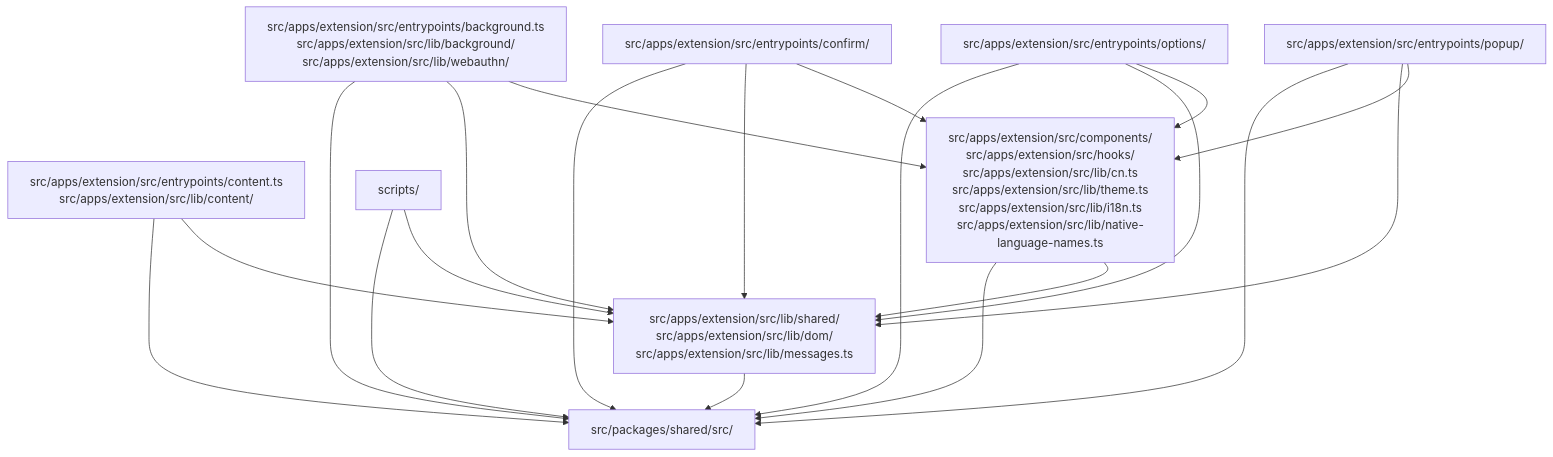
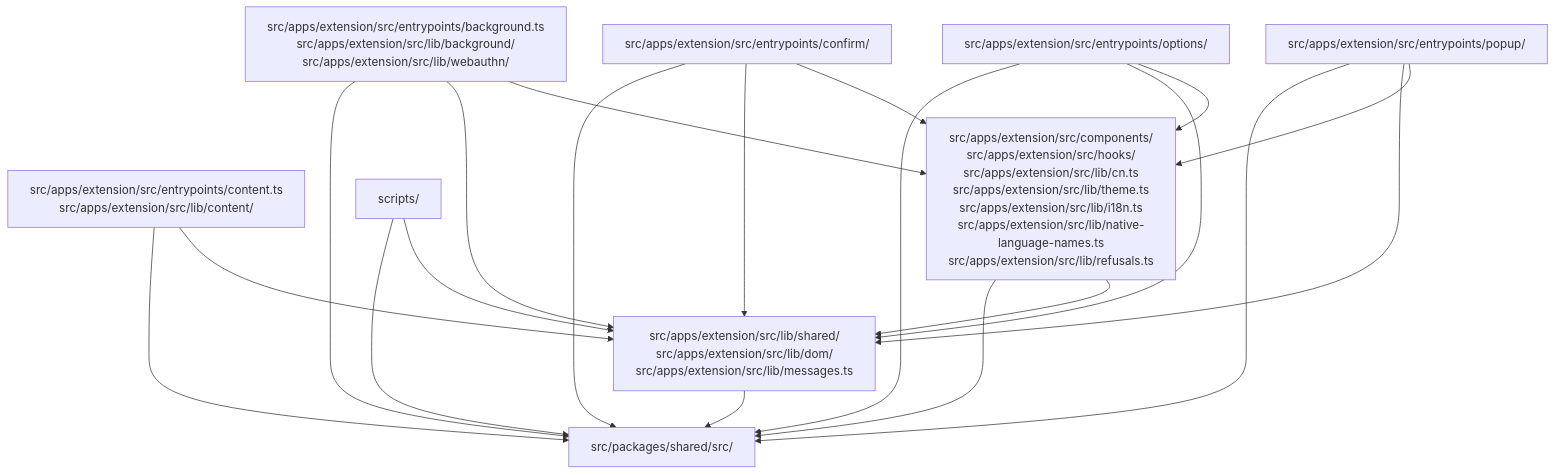
One commit to Vivswan/chromium-bridge changed the seventh of 7 diagrams in docs/architecture.md. Above: the diagram before and after it, drawn with Mermaid. The commit also changed 47 other files, not shown here.

````diff
--- a/docs/architecture.md
+++ b/docs/architecture.md
@@ -609,31 +609,31 @@
 ```mermaid
 graph TD
   shared["src/packages/shared/src/"]
   extension_background["src/apps/extension/src/entrypoints/background.ts<br>src/apps/extension/src/lib/background/<br>src/apps/extension/src/lib/webauthn/"]
   extension_content["src/apps/extension/src/entrypoints/content.ts<br>src/apps/extension/src/lib/content/"]
   extension_confirm["src/apps/extension/src/entrypoints/confirm/"]
   extension_options["src/apps/extension/src/entrypoints/options/"]
   extension_popup["src/apps/extension/src/entrypoints/popup/"]
-  extension_ui["src/apps/extension/src/components/<br>src/apps/extension/src/hooks/<br>src/apps/extension/src/lib/cn.ts<br>src/apps/extension/src/lib/theme.ts<br>src/apps/extension/src/lib/i18n.ts<br>src/apps/extension/src/lib/native-language-names.ts"]
+  extension_ui["src/apps/extension/src/components/<br>src/apps/extension/src/hooks/<br>src/apps/extension/src/lib/cn.ts<br>src/apps/extension/src/lib/theme.ts<br>src/apps/extension/src/lib/i18n.ts<br>src/apps/extension/src/lib/native-language-names.ts<br>src/apps/extension/src/lib/refusals.ts"]
   extension_lib["src/apps/extension/src/lib/shared/<br>src/apps/extension/src/lib/dom/<br>src/apps/extension/src/lib/messages.ts"]
   scripts["scripts/"]
   extension_background --> shared
   extension_background --> extension_lib
   extension_background --> extension_ui
   extension_content --> shared
   extension_content --> extension_lib
   extension_confirm --> shared
   extension_confirm --> extension_lib
   extension_confirm --> extension_ui
   extension_options --> shared
   extension_options --> extension_lib
   extension_options --> extension_ui
   extension_popup --> shared
   extension_popup --> extension_lib
   extension_popup --> extension_ui
   extension_ui --> shared
   extension_ui --> extension_lib
   extension_lib --> shared
   scripts --> shared
   scripts --> extension_lib
 ```
````
